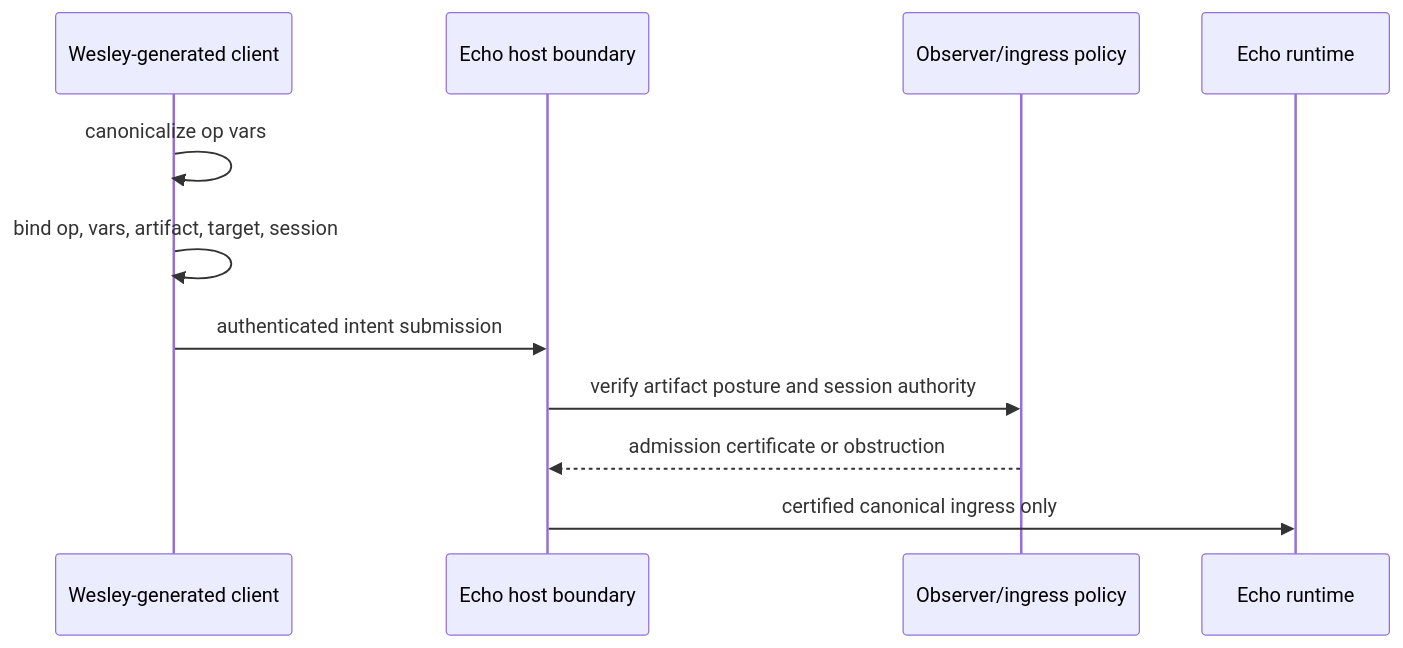
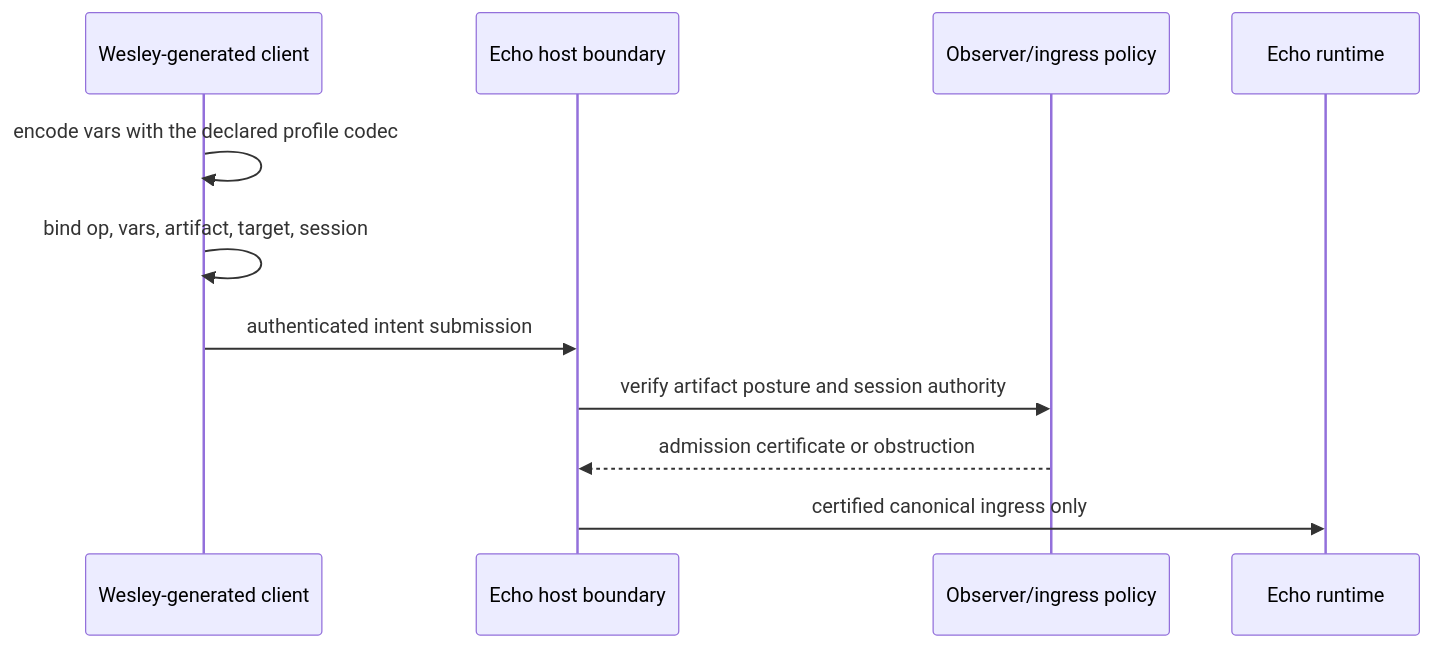
One commit to flyingrobots/echo changed the fifth of 8 diagrams in docs/architecture/application-contract-hosting.md. Above: the diagram before and after it, drawn with Mermaid. The commit also changed other lines of this file and 83 other files, not shown here.

````diff
--- a/docs/architecture/application-contract-hosting.md
+++ b/docs/architecture/application-contract-hosting.md
@@ -705,14 +774,14 @@
 ```mermaid
 sequenceDiagram
     participant Gen as Wesley-generated client
     participant Host as Echo host boundary
     participant Policy as Observer/ingress policy
     participant Echo as Echo runtime
 
-    Gen->>Gen: canonicalize op vars
+    Gen->>Gen: encode vars with the declared profile codec
     Gen->>Gen: bind op, vars, artifact, target, session
     Gen->>Host: authenticated intent submission
     Host->>Policy: verify artifact posture and session authority
     Policy-->>Host: admission certificate or obstruction
     Host->>Echo: certified canonical ingress only
 ```
````
